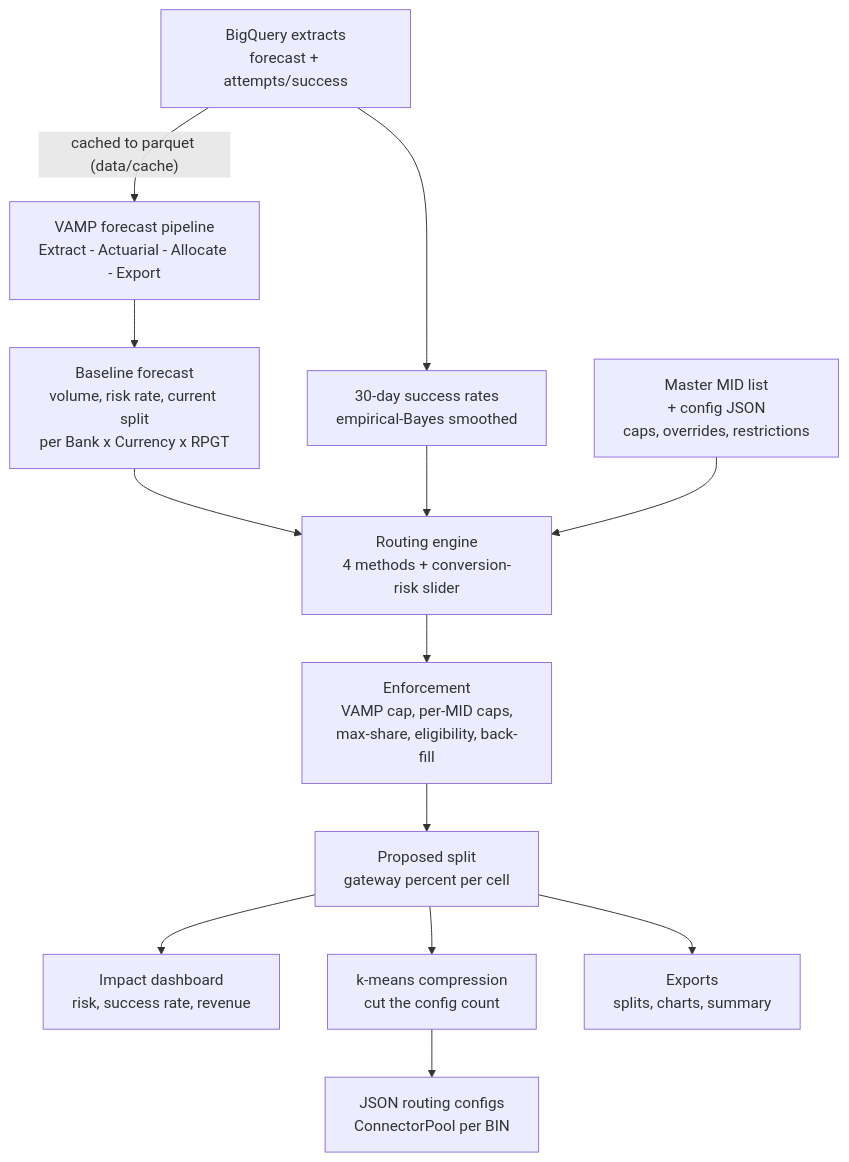
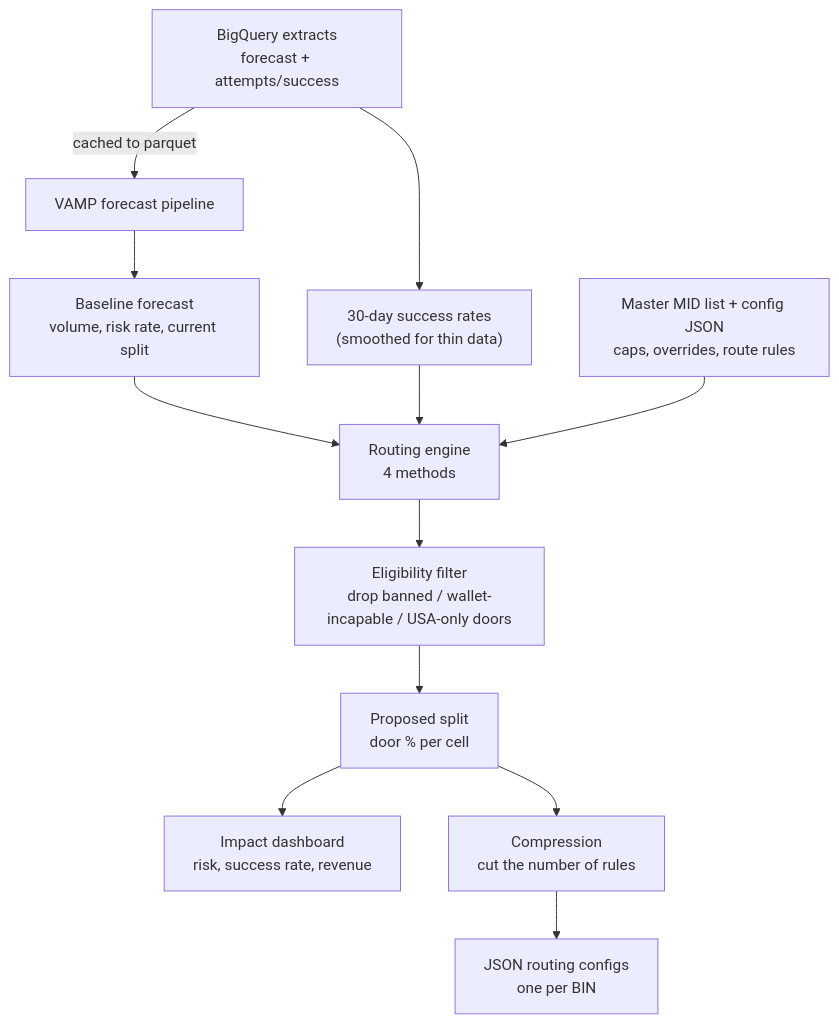
One commit to BenCookTS1996/mid-split-interface changed the first of 4 diagrams in README.md. Above: the diagram before and after it, drawn with Mermaid. The commit also changed other lines of this file and 21 other files, not shown here.

Commit message:
GA consolidation + pre-clustering engine, vectorized compression, enforcement bypass + movement log

````diff
--- a/README.md
+++ b/README.md
@@ -111,17 +83,16 @@
 ```mermaid
 flowchart TD
     BQ["BigQuery extracts<br/>forecast + attempts/success"]
-    MID["Master MID list<br/>+ config JSON<br/>caps, overrides, restrictions"]
-    BQ -->|"cached to parquet (data/cache)"| PIPE["VAMP forecast pipeline<br/>Extract - Actuarial - Allocate - Export"]
-    PIPE --> BASE["Baseline forecast<br/>volume, risk rate, current split<br/>per Bank x Currency x RPGT"]
-    BQ --> SR["30-day success rates<br/>empirical-Bayes smoothed"]
-    BASE --> ENG["Routing engine<br/>4 methods + conversion-risk slider"]
+    MID["Master MID list + config JSON<br/>caps, overrides, route rules"]
+    BQ -->|"cached to parquet"| PIPE["VAMP forecast pipeline"]
+    PIPE --> BASE["Baseline forecast<br/>volume, risk rate, current split"]
+    BQ --> SR["30-day success rates<br/>(smoothed for thin data)"]
+    BASE --> ENG["Routing engine<br/>4 methods"]
     SR --> ENG
     MID --> ENG
-    ENG --> ENF["Enforcement<br/>VAMP cap, per-MID caps,<br/>max-share, eligibility, back-fill"]
-    ENF --> SPLIT["Proposed split<br/>gateway percent per cell"]
+    ENG --> ELIG["Eligibility filter<br/>drop banned / wallet-incapable / USA-only doors"]
+    ELIG --> SPLIT["Proposed split<br/>door % per cell"]
     SPLIT --> IMP["Impact dashboard<br/>risk, success rate, revenue"]
-    SPLIT --> KM["k-means compression<br/>cut the config count"]
-    KM --> CFG["JSON routing configs<br/>ConnectorPool per BIN"]
-    SPLIT --> EXP["Exports<br/>splits, charts, summary"]
+    SPLIT --> KM["Compression<br/>cut the number of rules"]
+    KM --> CFG["JSON routing configs<br/>one per BIN"]
 ```
````
